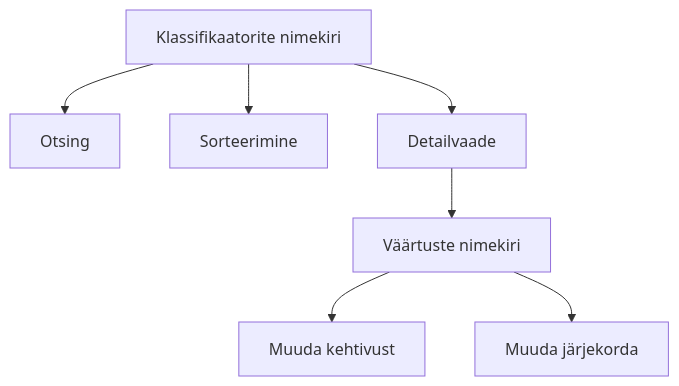
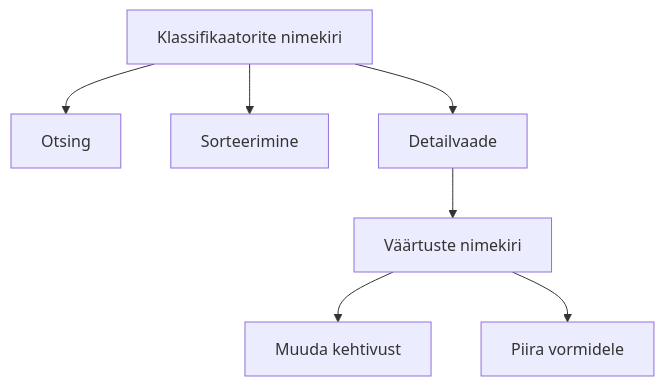
One commit to kemit-ee/ljvis-2 changed the diagram in docs/admin-guide/04-klassifikaatorid.md. Above: the diagram before and after it, drawn with Mermaid. The commit also changed other lines of this file and 1 other file, not shown here.

````diff
--- a/docs/admin-guide/04-klassifikaatorid.md
+++ b/docs/admin-guide/04-klassifikaatorid.md
@@ -22,9 +21,9 @@
 ```mermaid
 flowchart TD
     A[Klassifikaatorite nimekiri] --> B[Otsing]
     A --> C[Sorteerimine]
     A --> D[Detailvaade]
     D --> E[Väärtuste nimekiri]
     E --> F[Muuda kehtivust]
-    E --> G[Muuda järjekorda]
+    E --> G[Piira vormidele]
 ```
````
